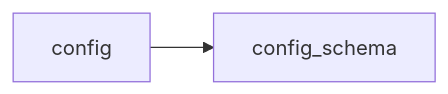
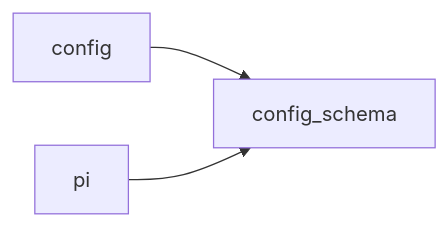
Before and after one commit to plaplanche/ariane: the second of 2 diagrams in docs/architecture/modules/config_schema.md, drawn with Mermaid. The commit also changed other lines of this file and 27 other files, not shown here.

````diff
--- a/docs/architecture/modules/config_schema.md
+++ b/docs/architecture/modules/config_schema.md
@@ -54,4 +67,5 @@
 ```mermaid
 flowchart LR
   config --> config_schema
+  pi --> config_schema
 ```
````
